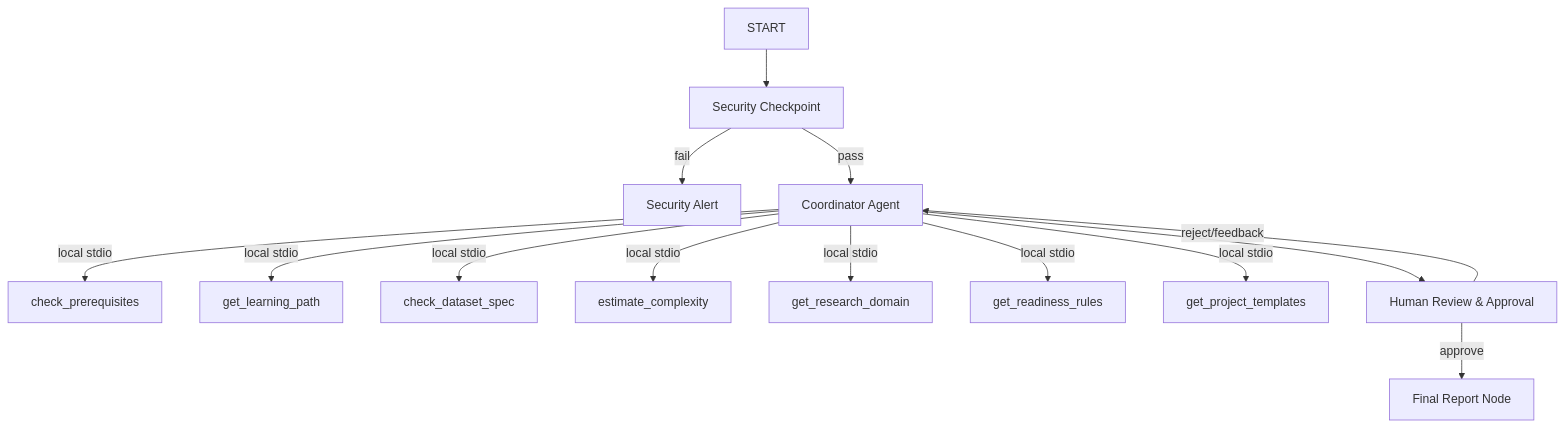
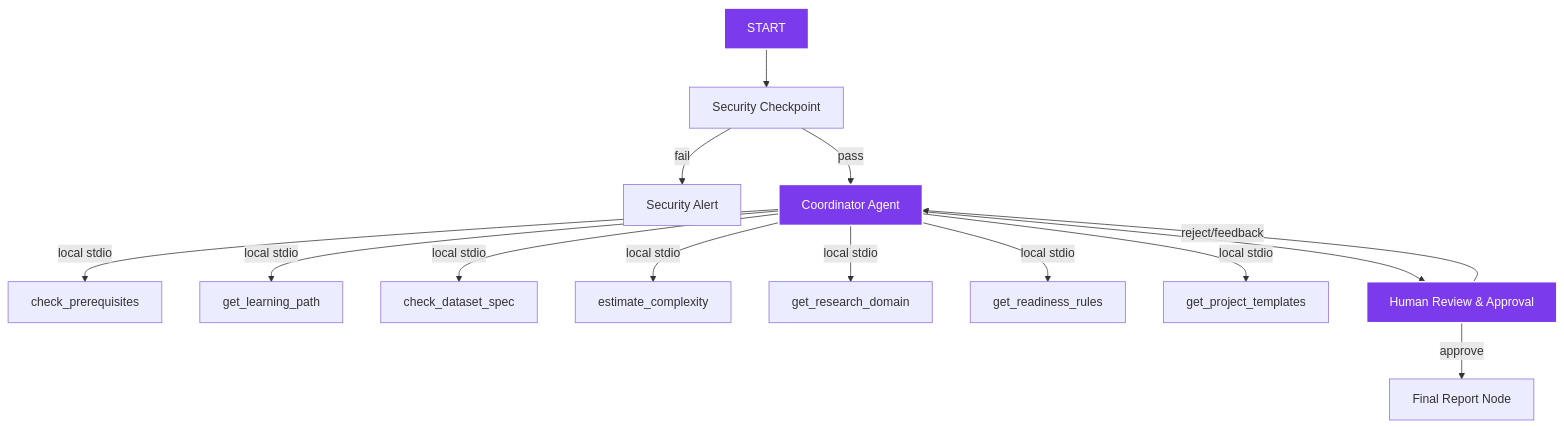
Before and after one commit to zuhafa/research-navigator: the diagram in SUBMISSION_WRITEUP.md, drawn with Mermaid. The commit also changed other lines of this file and 27 other files, not shown here.

````diff
--- a/SUBMISSION_WRITEUP.md
+++ b/SUBMISSION_WRITEUP.md
@@ -15,18 +15,21 @@
 ```mermaid
 graph TD
     START --> SecurityCheck[Security Checkpoint]
     SecurityCheck -- fail --> Alert[Security Alert]
     SecurityCheck -- pass --> Orchestrator[Coordinator Agent]
     
     Orchestrator -- local stdio --> Prereq[check_prerequisites]
     Orchestrator -- local stdio --> LearnPath[get_learning_path]
     Orchestrator -- local stdio --> Dataset[check_dataset_spec]
     Orchestrator -- local stdio --> Complex[estimate_complexity]
     Orchestrator -- local stdio --> Domain[get_research_domain]
     Orchestrator -- local stdio --> Rules[get_readiness_rules]
     Orchestrator -- local stdio --> Templates[get_project_templates]
     
     Orchestrator --> HumanReview[Human Review & Approval]
     HumanReview -- reject/feedback --> Orchestrator
     HumanReview -- approve --> FinalReport[Final Report Node]
+    
+    classDef ui fill:#7C3AED,stroke:#fff,stroke-width:2px,color:#fff;
+    class START,Orchestrator,HumanReview ui;
 ```
````
